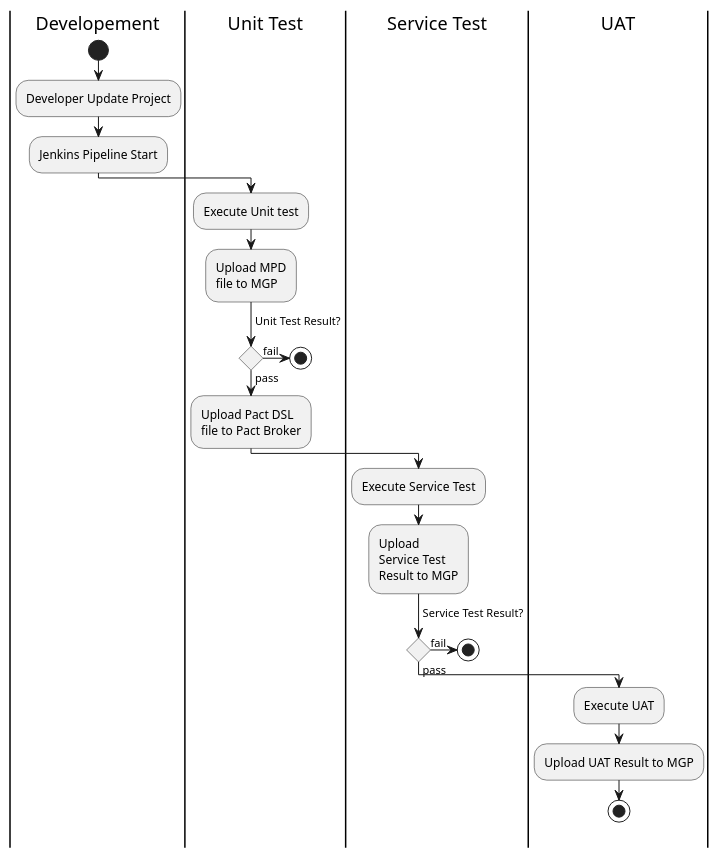
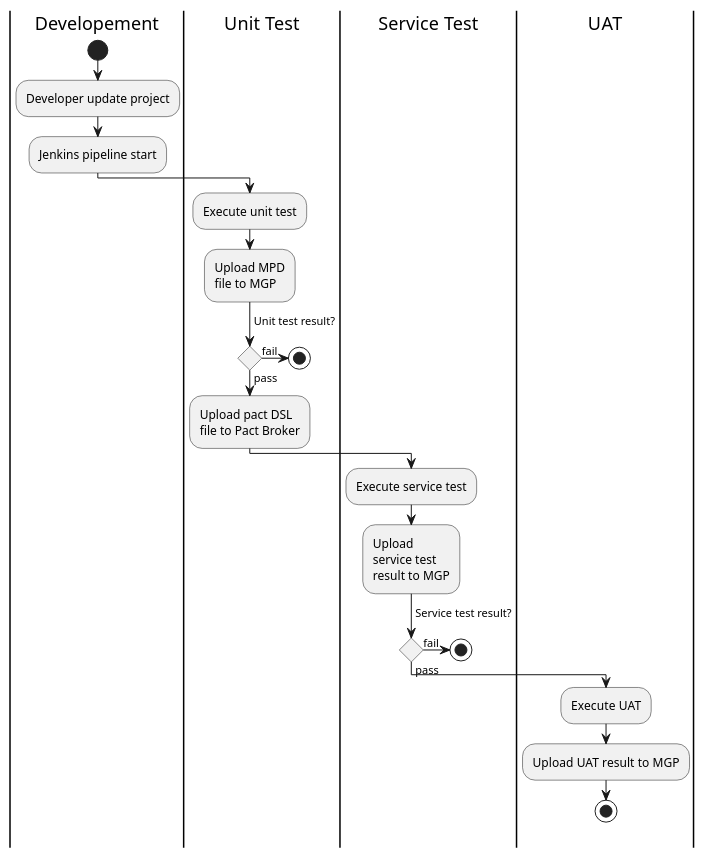
The diagram in diagram/pipeline.puml (b4456609/mgp-back), drawn with PlantUML before and after one commit.

Commit message:
change to lower case

```diff
--- a/diagram/pipeline.puml
+++ b/diagram/pipeline.puml
@@ -1,27 +1,27 @@
 @startuml
 |Developement|
 start
-:Developer Update Project;
-:Jenkins Pipeline Start;
+:Developer update project;
+:Jenkins pipeline start;
 |Unit Test|
-:Execute Unit test;
+:Execute unit test;
 :Upload MPD\nfile to MGP;
--> Unit Test Result?;
+-> Unit test result?;
 if () then (fail)
     stop
 else (pass)
-    :Upload Pact DSL\nfile to Pact Broker;
+    :Upload pact DSL\nfile to Pact Broker;
     |Service Test|
-    :Execute Service Test;
-    :Upload \nService Test \nResult to MGP;
-    -> Service Test Result?;
+    :Execute service test;
+    :Upload \nservice test \nresult to MGP;
+    -> Service test result?;
     if () then (fail)
         stop
     else(pass)
         |UAT|
         :Execute UAT;
-        :Upload UAT Result to MGP;
+        :Upload UAT result to MGP;
     endif
     stop
 endif
 @enduml
```
